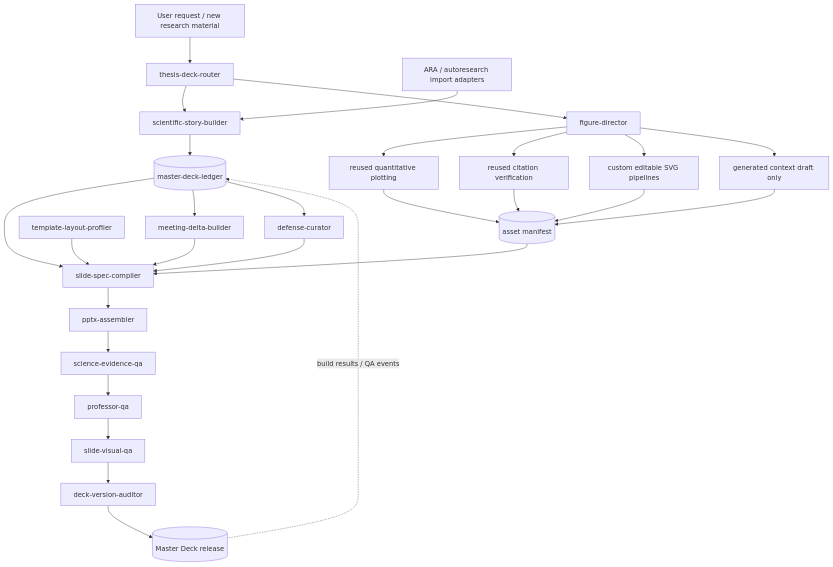
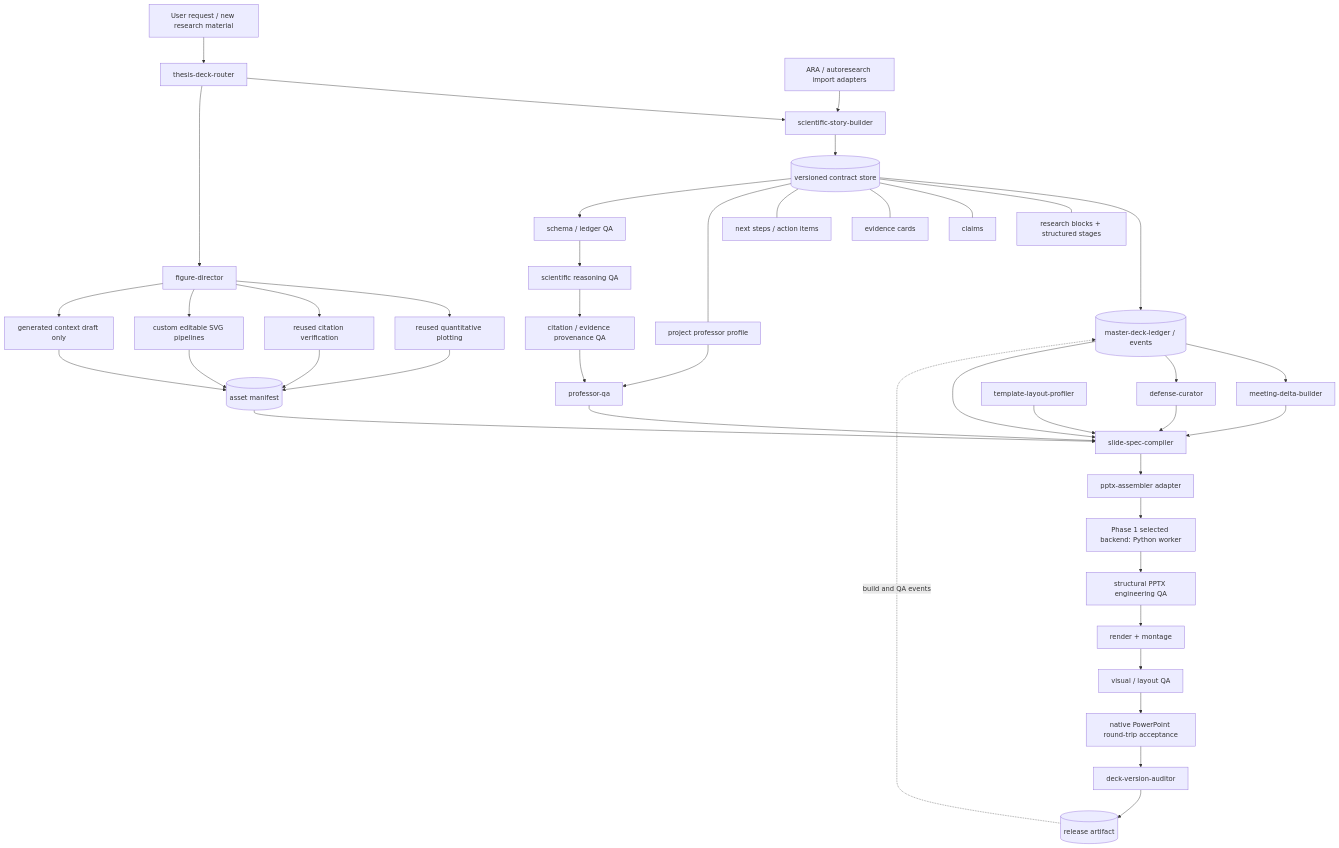
One commit to Gary0915/AI-Research-SKILLs changed the diagram in thesis-deck-system/reports/PHASE_0_IMPLEMENTATION_REPORT.md. Above: the diagram before and after it, drawn with Mermaid. The commit also changed other lines of this file, not shown here.

Commit message:
docs: revise Phase 0 thesis deck architecture

````diff
--- a/thesis-deck-system/reports/PHASE_0_IMPLEMENTATION_REPORT.md
+++ b/thesis-deck-system/reports/PHASE_0_IMPLEMENTATION_REPORT.md
@@ -124,36 +124,50 @@
 ```mermaid
 flowchart TB
     U[User request / new research material] --> R[thesis-deck-router]
 
     R --> SB[scientific-story-builder]
-    SB --> L[(master-deck-ledger)]
+    SB --> CS[(versioned contract store)]
+    CS --> L[(master-deck-ledger / events)]
     ARA[ARA / autoresearch import adapters] --> SB
+
+    CS --- RB[research blocks + structured stages]
+    CS --- CL[claims]
+    CS --- EC[evidence cards]
+    CS --- NS[next steps / action items]
+    CS --- PP[project professor profile]
 
     R --> FD[figure-director]
     FD --> QP[reused quantitative plotting]
     FD --> LV[reused citation verification]
     FD --> EV[custom editable SVG pipelines]
     FD --> IG[generated context draft only]
     QP --> AM[(asset manifest)]
     LV --> AM
     EV --> AM
     IG --> AM
 
-    L --> SC[slide-spec-compiler]
-    AM --> SC
-    TP[template-layout-profiler] --> SC
-    SC --> PA[pptx-assembler]
-
-    PA --> SQ[science-evidence-qa]
-    SQ --> PQ[professor-qa]
-    PQ --> VQ[slide-visual-qa]
-    VQ --> VA[deck-version-auditor]
-    VA --> MD[(Master Deck release)]
-
     L --> MB[meeting-delta-builder]
     L --> DC[defense-curator]
+    L --> SC[slide-spec-compiler]
     MB --> SC
     DC --> SC
+    AM --> SC
+    PP --> PQA[professor-qa]
+    TP[template-layout-profiler] --> SC
 
-    MD -. build results / QA events .-> L
+    CS --> SQA[schema / ledger QA]
+    SQA --> SCI[scientific reasoning QA]
+    SCI --> PROV[citation / evidence provenance QA]
+    PROV --> PQA
+    PQA --> SC
+    SC --> AA[pptx-assembler adapter]
+    AA --> PY[Phase 1 selected backend: Python worker]
+    PY --> EQA[structural PPTX engineering QA]
+    EQA --> RENDER[render + montage]
+    RENDER --> VQA[visual / layout QA]
+    VQA --> NATIVE[native PowerPoint round-trip acceptance]
+    NATIVE --> VA[deck-version-auditor]
+    VA --> REL[(release artifact)]
+
+    REL -. build and QA events .-> L
 ```
````
